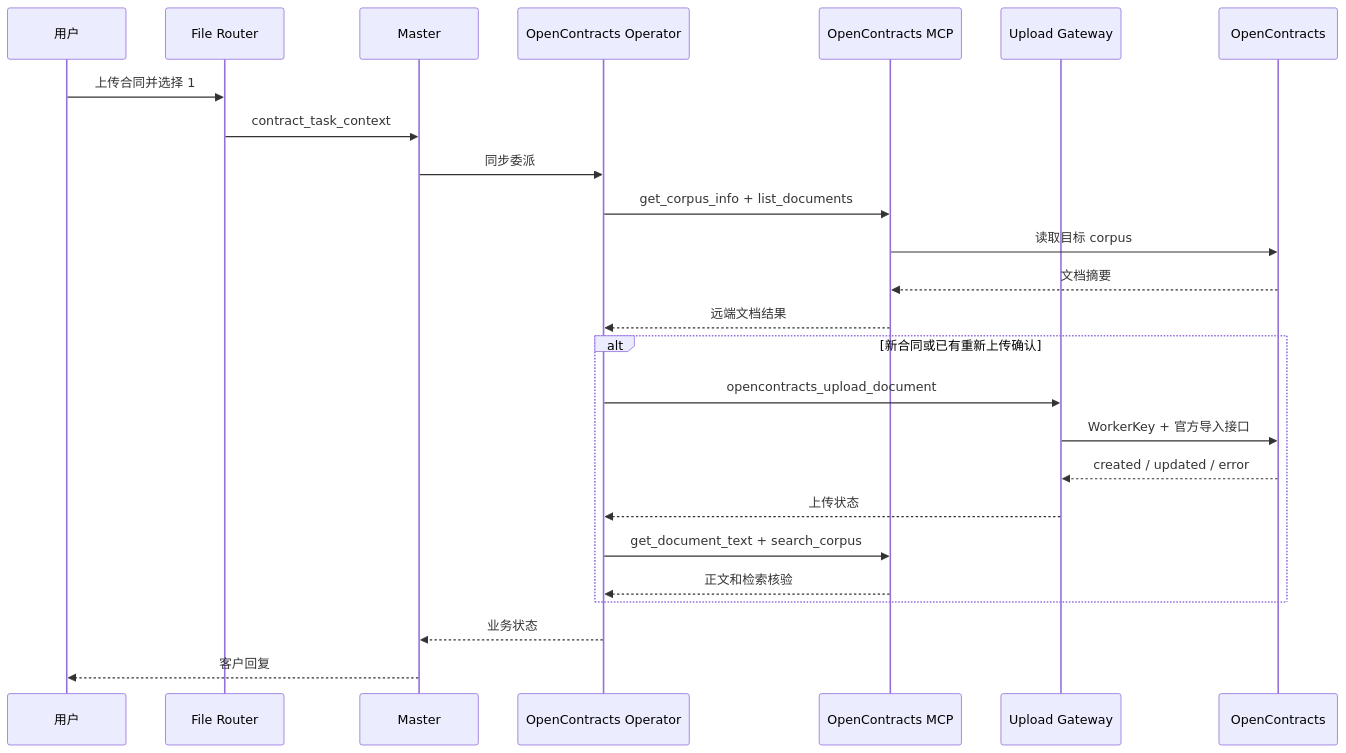
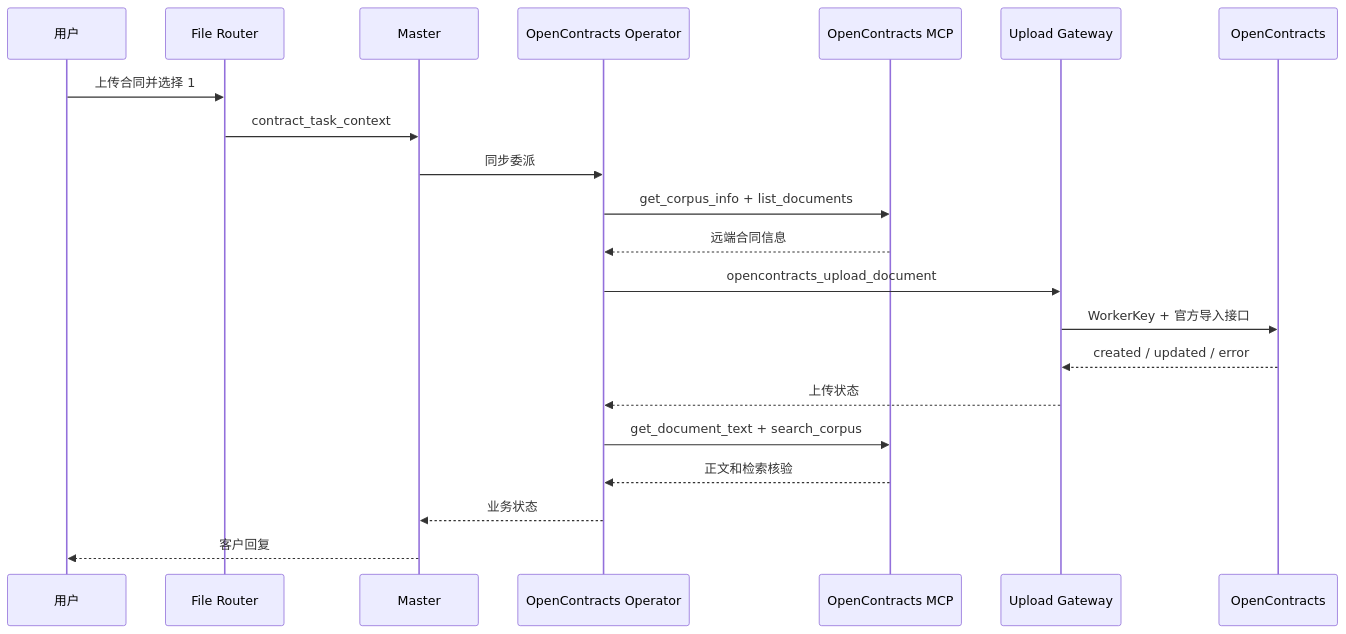
Before and after one commit to Ri0n72Y/ContractBotConfig: the second of 2 diagrams in README.md, drawn with Mermaid. The commit also changed other lines of this file, not shown here.

Commit message:
docs: align MVP validation and OpenContracts MCP capabilities

````diff
--- a/README.md
+++ b/README.md
@@ -182,28 +213,24 @@
 ```mermaid
 sequenceDiagram
     participant U as 用户
     participant R as File Router
     participant M as Master
     participant O as OpenContracts Operator
     participant MCP as OpenContracts MCP
     participant G as Upload Gateway
     participant OC as OpenContracts
 
     U->>R: 上传合同并选择 1
     R->>M: contract_task_context
     M->>O: 同步委派
     O->>MCP: get_corpus_info + list_documents
-    MCP->>OC: 读取目标 corpus
-    OC-->>MCP: 文档摘要
-    MCP-->>O: 远端文档结果
-    alt 新合同或已有重新上传确认
-        O->>G: opencontracts_upload_document
-        G->>OC: WorkerKey + 官方导入接口
-        OC-->>G: created / updated / error
-        G-->>O: 上传状态
-        O->>MCP: get_document_text + search_corpus
-        MCP-->>O: 正文和检索核验
-    end
+    MCP-->>O: 远端合同信息
+    O->>G: opencontracts_upload_document
+    G->>OC: WorkerKey + 官方导入接口
+    OC-->>G: created / updated / error
+    G-->>O: 上传状态
+    O->>MCP: get_document_text + search_corpus
+    MCP-->>O: 正文和检索核验
     O-->>M: 业务状态
     M-->>U: 客户回复
 ```
````
